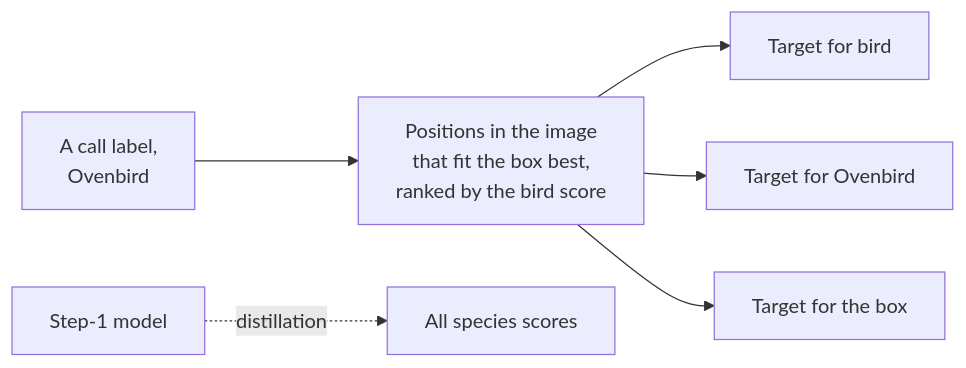
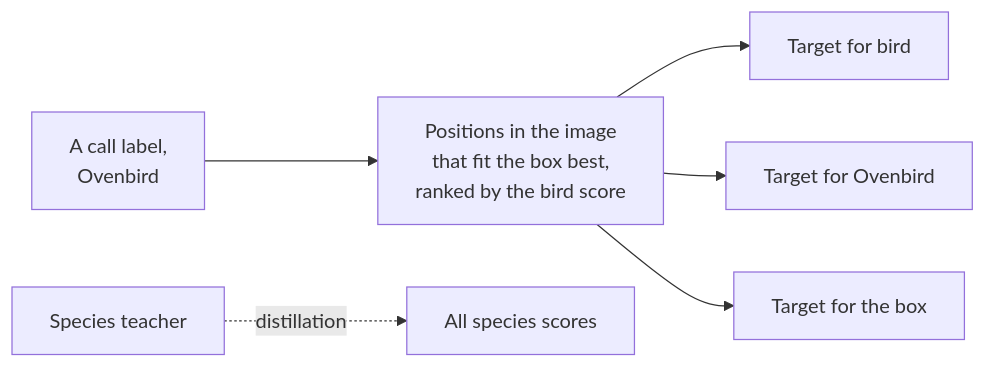
Before and after one commit to birdnet-team/BirdBox: the diagram in docs/models-and-metrics/birds-with-labels-bird-class.md, drawn with Mermaid. The commit also changed other lines of this file and 5 other files, not shown here.

````diff
--- a/docs/models-and-metrics/birds-with-labels-bird-class.md
+++ b/docs/models-and-metrics/birds-with-labels-bird-class.md
@@ -27,15 +27,15 @@
 ```mermaid
 flowchart LR
   box["A call label,<br/>Ovenbird"]
   assign["Positions in the image<br/>that fit the box best,<br/>ranked by the bird score"]
   bird["Target for bird"]
   species["Target for Ovenbird"]
   shape["Target for the box"]
-  teacher["Step-1 model"]
+  teacher["Species teacher"]
   all["All species scores"]
   box --> assign
   assign --> bird
   assign --> species
   assign --> shape
   teacher -. distillation .-> all
 ```
````
